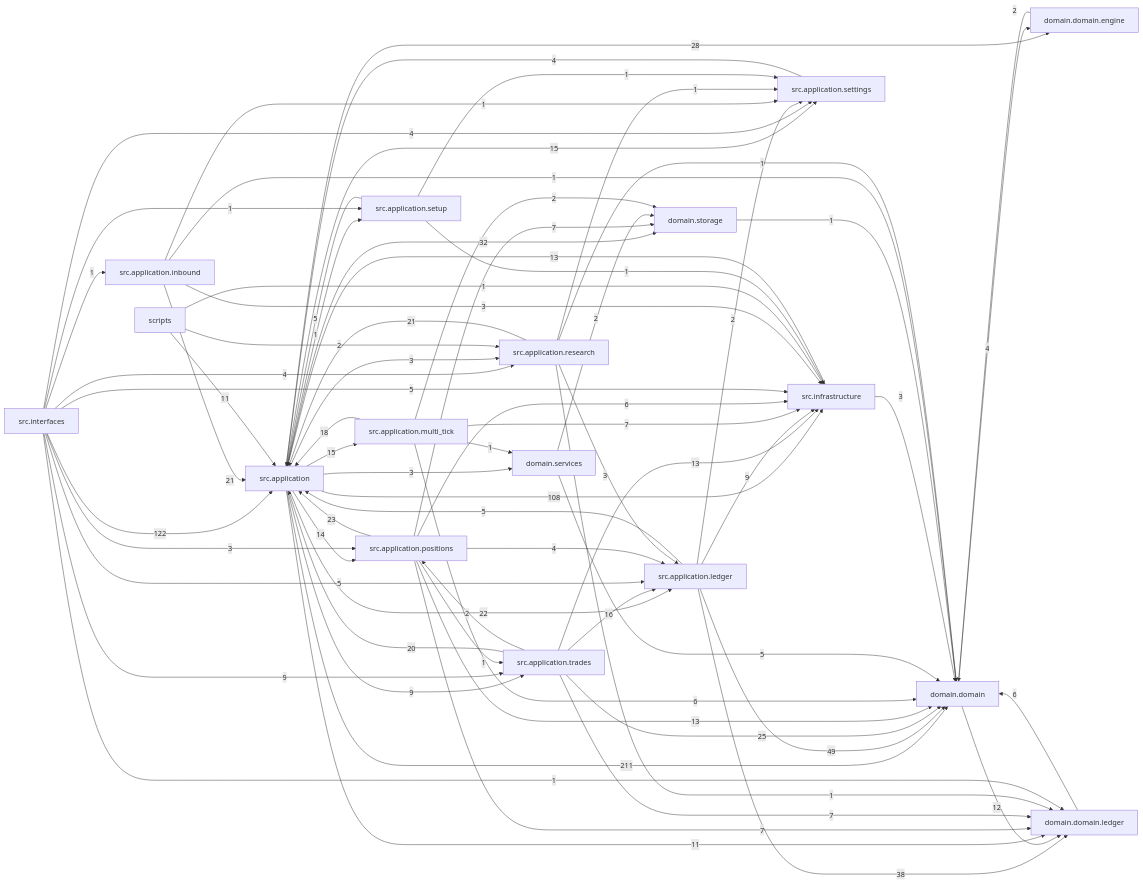
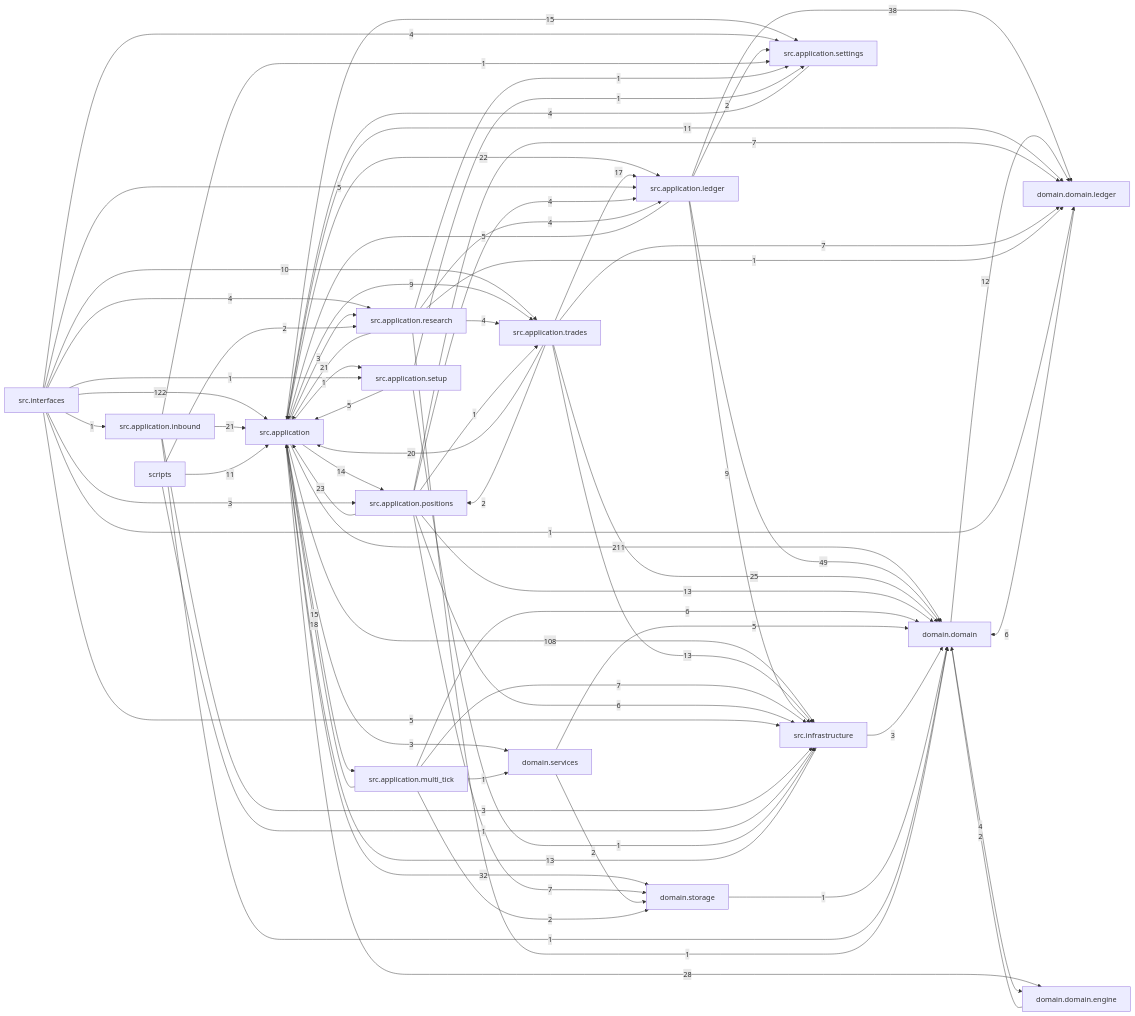
The diagram in docs/dependency_graph.mmd (liuxie066/options-monitor), drawn with Mermaid before and after one commit. The commit also changed 27 other files, not shown here.

```diff
--- a/docs/dependency_graph.mmd
+++ b/docs/dependency_graph.mmd
@@ -1,72 +1,73 @@
 flowchart LR
   src_application["src.application"] -->|211| domain_domain["domain.domain"]
   src_interfaces["src.interfaces"] -->|122| src_application["src.application"]
   src_application["src.application"] -->|108| src_infrastructure["src.infrastructure"]
   src_application_ledger["src.application.ledger"] -->|49| domain_domain["domain.domain"]
   src_application_ledger["src.application.ledger"] -->|38| domain_domain_ledger["domain.domain.ledger"]
   src_application["src.application"] -->|32| domain_storage["domain.storage"]
   src_application["src.application"] -->|28| domain_domain_engine["domain.domain.engine"]
   src_application_trades["src.application.trades"] -->|25| domain_domain["domain.domain"]
   src_application_positions["src.application.positions"] -->|23| src_application["src.application"]
   src_application["src.application"] -->|22| src_application_ledger["src.application.ledger"]
   src_application_inbound["src.application.inbound"] -->|21| src_application["src.application"]
   src_application_research["src.application.research"] -->|21| src_application["src.application"]
   src_application_trades["src.application.trades"] -->|20| src_application["src.application"]
   src_application_multi_tick["src.application.multi_tick"] -->|18| src_application["src.application"]
-  src_application_trades["src.application.trades"] -->|16| src_application_ledger["src.application.ledger"]
+  src_application_trades["src.application.trades"] -->|17| src_application_ledger["src.application.ledger"]
   src_application["src.application"] -->|15| src_application_multi_tick["src.application.multi_tick"]
   src_application["src.application"] -->|15| src_application_settings["src.application.settings"]
   src_application["src.application"] -->|14| src_application_positions["src.application.positions"]
   src_application_positions["src.application.positions"] -->|13| domain_domain["domain.domain"]
   src_application_trades["src.application.trades"] -->|13| src_infrastructure["src.infrastructure"]
   src_infrastructure["src.infrastructure"] -->|13| src_application["src.application"]
   domain_domain["domain.domain"] -->|12| domain_domain_ledger["domain.domain.ledger"]
   scripts["scripts"] -->|11| src_application["src.application"]
   src_application["src.application"] -->|11| domain_domain_ledger["domain.domain.ledger"]
+  src_interfaces["src.interfaces"] -->|10| src_application_trades["src.application.trades"]
   src_application["src.application"] -->|9| src_application_trades["src.application.trades"]
   src_application_ledger["src.application.ledger"] -->|9| src_infrastructure["src.infrastructure"]
-  src_interfaces["src.interfaces"] -->|9| src_application_trades["src.application.trades"]
   src_application_multi_tick["src.application.multi_tick"] -->|7| src_infrastructure["src.infrastructure"]
   src_application_positions["src.application.positions"] -->|7| domain_domain_ledger["domain.domain.ledger"]
   src_application_positions["src.application.positions"] -->|7| domain_storage["domain.storage"]
   src_application_trades["src.application.trades"] -->|7| domain_domain_ledger["domain.domain.ledger"]
   domain_domain_ledger["domain.domain.ledger"] -->|6| domain_domain["domain.domain"]
   src_application_multi_tick["src.application.multi_tick"] -->|6| domain_domain["domain.domain"]
   src_application_positions["src.application.positions"] -->|6| src_infrastructure["src.infrastructure"]
   domain_services["domain.services"] -->|5| domain_domain["domain.domain"]
   src_application_ledger["src.application.ledger"] -->|5| src_application["src.application"]
   src_application_setup["src.application.setup"] -->|5| src_application["src.application"]
   src_interfaces["src.interfaces"] -->|5| src_application_ledger["src.application.ledger"]
   src_interfaces["src.interfaces"] -->|5| src_infrastructure["src.infrastructure"]
   domain_domain["domain.domain"] -->|4| domain_domain_engine["domain.domain.engine"]
   src_application_positions["src.application.positions"] -->|4| src_application_ledger["src.application.ledger"]
+  src_application_research["src.application.research"] -->|4| src_application_ledger["src.application.ledger"]
+  src_application_research["src.application.research"] -->|4| src_application_trades["src.application.trades"]
   src_application_settings["src.application.settings"] -->|4| src_application["src.application"]
   src_interfaces["src.interfaces"] -->|4| src_application_research["src.application.research"]
   src_interfaces["src.interfaces"] -->|4| src_application_settings["src.application.settings"]
   src_application["src.application"] -->|3| domain_services["domain.services"]
   src_application["src.application"] -->|3| src_application_research["src.application.research"]
   src_application_inbound["src.application.inbound"] -->|3| src_infrastructure["src.infrastructure"]
-  src_application_research["src.application.research"] -->|3| src_application_ledger["src.application.ledger"]
   src_infrastructure["src.infrastructure"] -->|3| domain_domain["domain.domain"]
   src_interfaces["src.interfaces"] -->|3| src_application_positions["src.application.positions"]
   domain_domain_engine["domain.domain.engine"] -->|2| domain_domain["domain.domain"]
   domain_services["domain.services"] -->|2| domain_storage["domain.storage"]
   scripts["scripts"] -->|2| src_application_research["src.application.research"]
   src_application_ledger["src.application.ledger"] -->|2| src_application_settings["src.application.settings"]
   src_application_multi_tick["src.application.multi_tick"] -->|2| domain_storage["domain.storage"]
   src_application_trades["src.application.trades"] -->|2| src_application_positions["src.application.positions"]
   domain_storage["domain.storage"] -->|1| domain_domain["domain.domain"]
   scripts["scripts"] -->|1| src_infrastructure["src.infrastructure"]
   src_application["src.application"] -->|1| src_application_setup["src.application.setup"]
   src_application_inbound["src.application.inbound"] -->|1| domain_domain["domain.domain"]
   src_application_inbound["src.application.inbound"] -->|1| src_application_settings["src.application.settings"]
   src_application_multi_tick["src.application.multi_tick"] -->|1| domain_services["domain.services"]
   src_application_positions["src.application.positions"] -->|1| src_application_trades["src.application.trades"]
   src_application_research["src.application.research"] -->|1| domain_domain["domain.domain"]
   src_application_research["src.application.research"] -->|1| domain_domain_ledger["domain.domain.ledger"]
   src_application_research["src.application.research"] -->|1| src_application_settings["src.application.settings"]
   src_application_setup["src.application.setup"] -->|1| src_application_settings["src.application.settings"]
   src_application_setup["src.application.setup"] -->|1| src_infrastructure["src.infrastructure"]
   src_interfaces["src.interfaces"] -->|1| domain_domain_ledger["domain.domain.ledger"]
   src_interfaces["src.interfaces"] -->|1| src_application_inbound["src.application.inbound"]
   src_interfaces["src.interfaces"] -->|1| src_application_setup["src.application.setup"]
```
